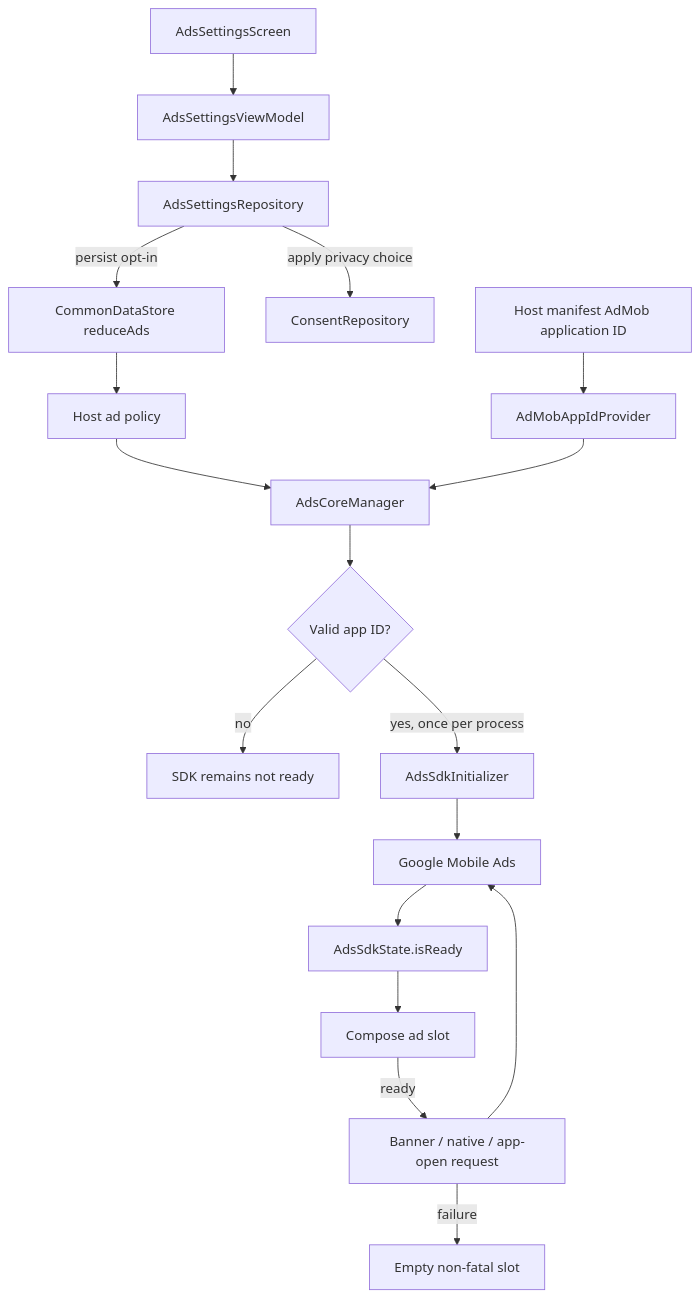
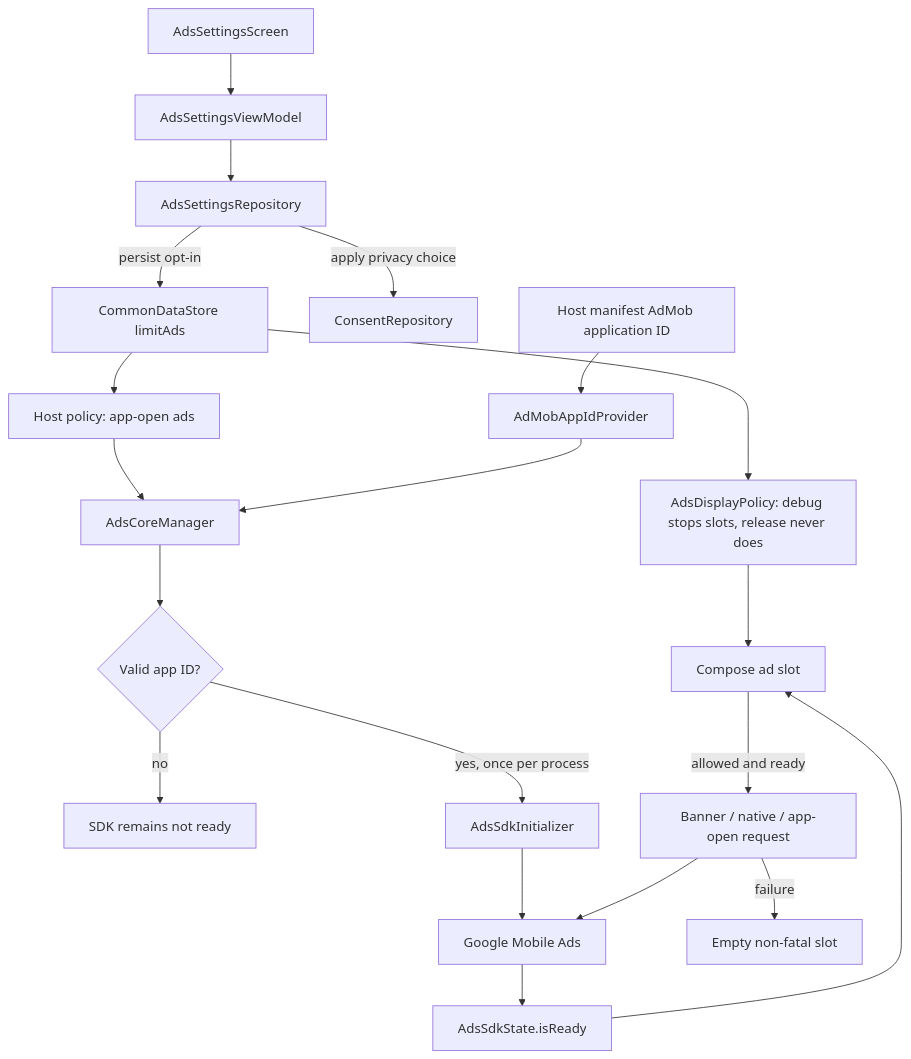
Before and after one commit to MihaiCristianCondrea/App-Toolkit-for-Android: the diagram in library/integration/ads/README.md, drawn with Mermaid. The commit also changed other lines of this file and 33 other files, not shown here.

First line of the commit message:
Bring back disabling ads, in debug builds only

````diff
--- a/library/integration/ads/README.md
+++ b/library/integration/ads/README.md
@@ -37,20 +37,22 @@
 ```mermaid
 flowchart TD
     Settings[AdsSettingsScreen] --> VM[AdsSettingsViewModel]
     VM --> Repo[AdsSettingsRepository]
-    Repo -->|persist opt-in| Reduce[CommonDataStore reduceAds]
+    Repo -->|persist opt-in| Limit[CommonDataStore limitAds]
     Repo -->|apply privacy choice| Consent[ConsentRepository]
-    Reduce --> Policy[Host ad policy]
-    Policy --> Manager[AdsCoreManager]
+    Limit --> Display[AdsDisplayPolicy: debug stops slots, release never does]
+    Limit --> Host[Host policy: app-open ads]
+    Host --> Manager[AdsCoreManager]
     Manifest[Host manifest AdMob application ID] --> Id[AdMobAppIdProvider]
     Id --> Manager
     Manager --> Gate{Valid app ID?}
     Gate -->|no| Disabled[SDK remains not ready]
     Gate -->|yes, once per process| Initializer[AdsSdkInitializer]
     Initializer --> SDK[Google Mobile Ads]
     SDK --> Ready[AdsSdkState.isReady]
     Ready --> Slot[Compose ad slot]
-    Slot -->|ready| Request[Banner / native / app-open request]
+    Display --> Slot
+    Slot -->|allowed and ready| Request[Banner / native / app-open request]
     Request --> SDK
     Request -->|failure| Empty[Empty non-fatal slot]
 ```
````
